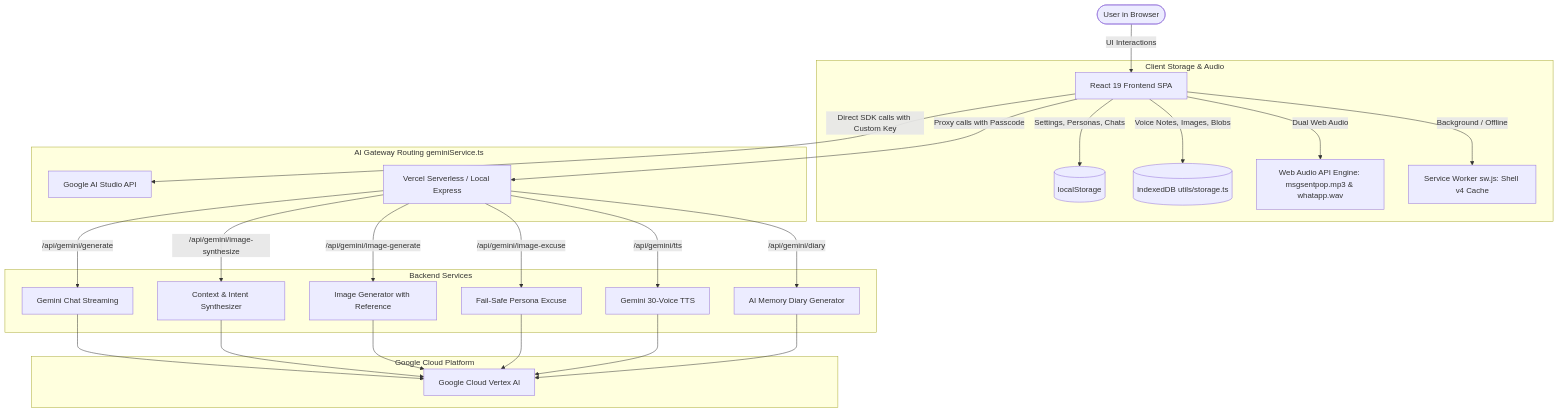
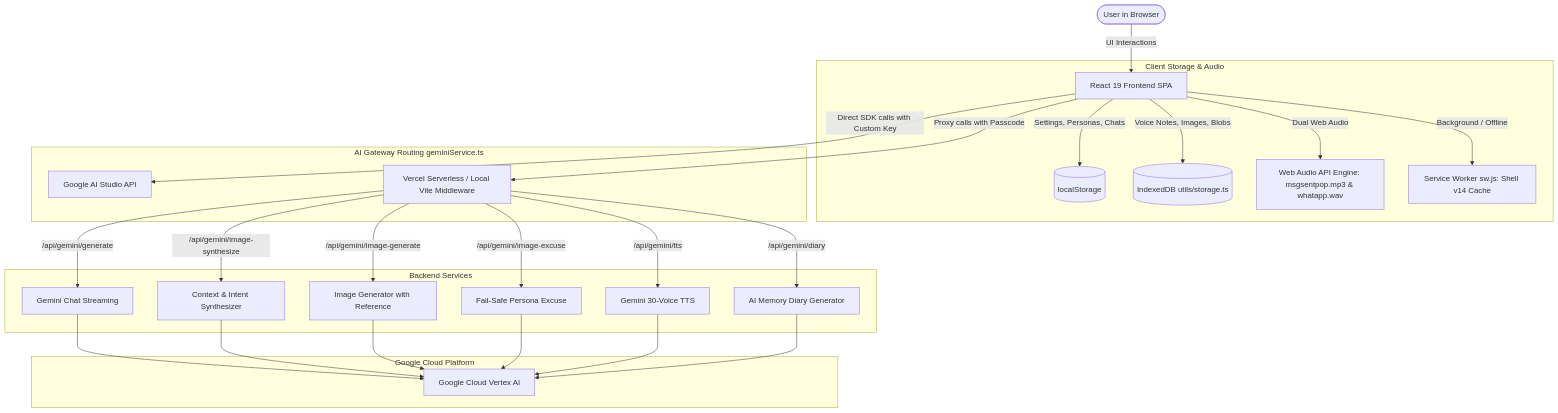
One commit to sobiswriter/Wassap changed the first of 5 diagrams in architecture.md. Above: the diagram before and after it, drawn with Mermaid. The commit also changed other lines of this file and 32 other files, not shown here.

````diff
--- a/architecture.md
+++ b/architecture.md
@@ -11,34 +11,34 @@
 ```mermaid
 graph TD
     User([User in Browser]) -->|UI Interactions| ReactApp[React 19 Frontend SPA]
 
     subgraph Client Storage & Audio
         ReactApp -->|Settings, Personas, Chats| LocalStorage[(localStorage)]
         ReactApp -->|Voice Notes, Images, Blobs| IndexedDB[(IndexedDB utils/storage.ts)]
         ReactApp -->|Dual Web Audio| AudioEngine[Web Audio API Engine: msgsentpop.mp3 & whatapp.wav]
-        ReactApp -->|Background / Offline| SW[Service Worker sw.js: Shell v4 Cache]
+        ReactApp -->|Background / Offline| SW[Service Worker sw.js: Shell v14 Cache]
     end
 
     subgraph AI Gateway Routing geminiService.ts
         ReactApp -->|Direct SDK calls with Custom Key| GeminiStudio[Google AI Studio API]
-        ReactApp -->|Proxy calls with Passcode| Serverless[Vercel Serverless / Local Express]
+        ReactApp -->|Proxy calls with Passcode| Serverless[Vercel Serverless / Local Vite Middleware]
     end
 
     subgraph Backend Services
         Serverless -->|/api/gemini/generate| ChatService[Gemini Chat Streaming]
         Serverless -->|/api/gemini/image-synthesize| SynthesizerService[Context & Intent Synthesizer]
         Serverless -->|/api/gemini/image-generate| ImageService[Image Generator with Reference]
         Serverless -->|/api/gemini/image-excuse| ExcuseService[Fail-Safe Persona Excuse]
         Serverless -->|/api/gemini/tts| TTSService[Gemini 30-Voice TTS]
         Serverless -->|/api/gemini/diary| DiaryService[AI Memory Diary Generator]
     end
 
     subgraph Google Cloud Platform
         ChatService --> VertexAI[Google Cloud Vertex AI]
         SynthesizerService --> VertexAI
         ImageService --> VertexAI
         ExcuseService --> VertexAI
         TTSService --> VertexAI
         DiaryService --> VertexAI
     end
 ```
````
